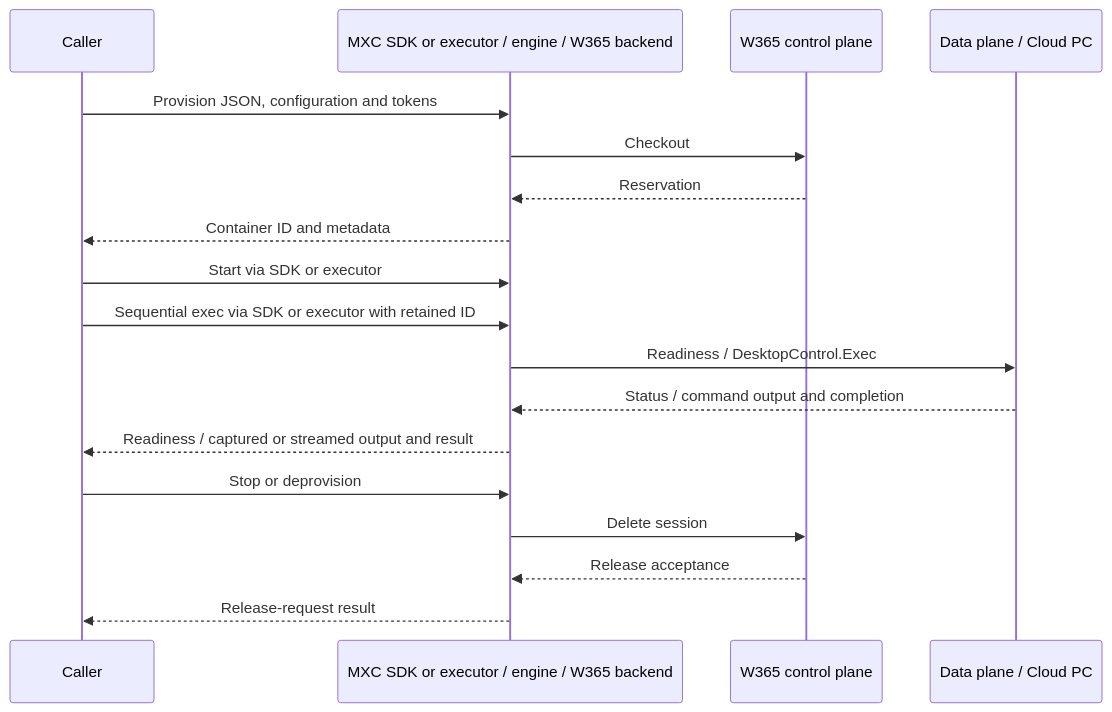
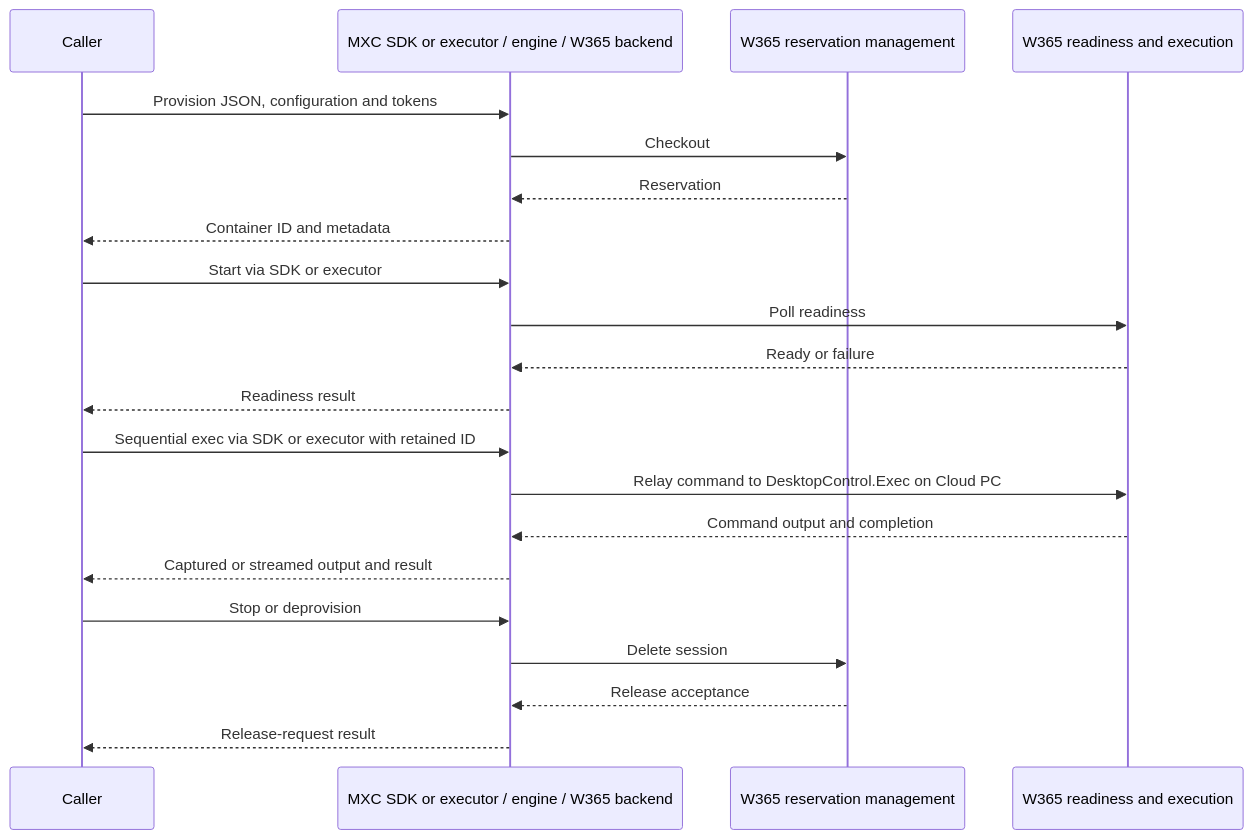
One commit to microsoft/mxc changed the diagram in docs/development/architecture/designs/1615-w365a-backend/README.md. Above: the diagram before and after it, drawn with Mermaid. The commit also changed other lines of this file and 1 other file, not shown here.

````diff
--- a/docs/development/architecture/designs/1615-w365a-backend/README.md
+++ b/docs/development/architecture/designs/1615-w365a-backend/README.md
@@ -368,20 +376,23 @@
 ```mermaid
 sequenceDiagram
     participant C as Caller
     participant M as MXC SDK or executor / engine / W365 backend
-    participant S as W365 control plane
-    participant D as Data plane / Cloud PC
+    participant S as W365 reservation management
+    participant D as W365 readiness and execution
     C->>M: Provision JSON, configuration and tokens
     M->>S: Checkout
     S-->>M: Reservation
     M-->>C: Container ID and metadata
     C->>M: Start via SDK or executor
+    M->>D: Poll readiness
+    D-->>M: Ready or failure
+    M-->>C: Readiness result
     C->>M: Sequential exec via SDK or executor with retained ID
-    M->>D: Readiness / DesktopControl.Exec
-    D-->>M: Status / command output and completion
-    M-->>C: Readiness / captured or streamed output and result
+    M->>D: Relay command to DesktopControl.Exec on Cloud PC
+    D-->>M: Command output and completion
+    M-->>C: Captured or streamed output and result
     C->>M: Stop or deprovision
     M->>S: Delete session
     S-->>M: Release acceptance
     M-->>C: Release-request result
 ```
````
